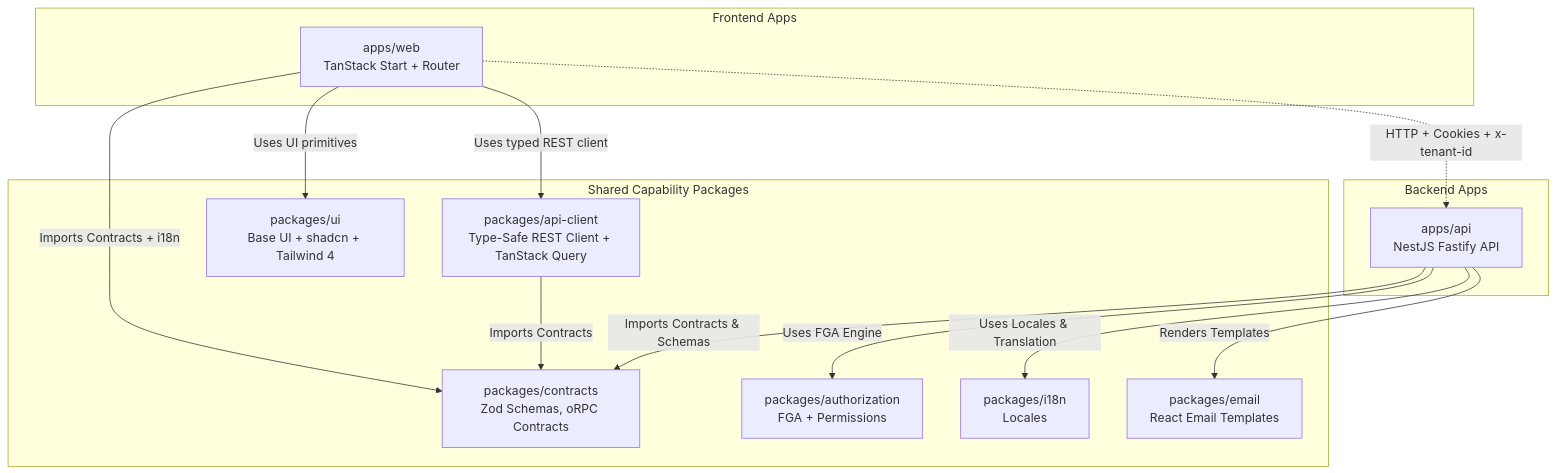
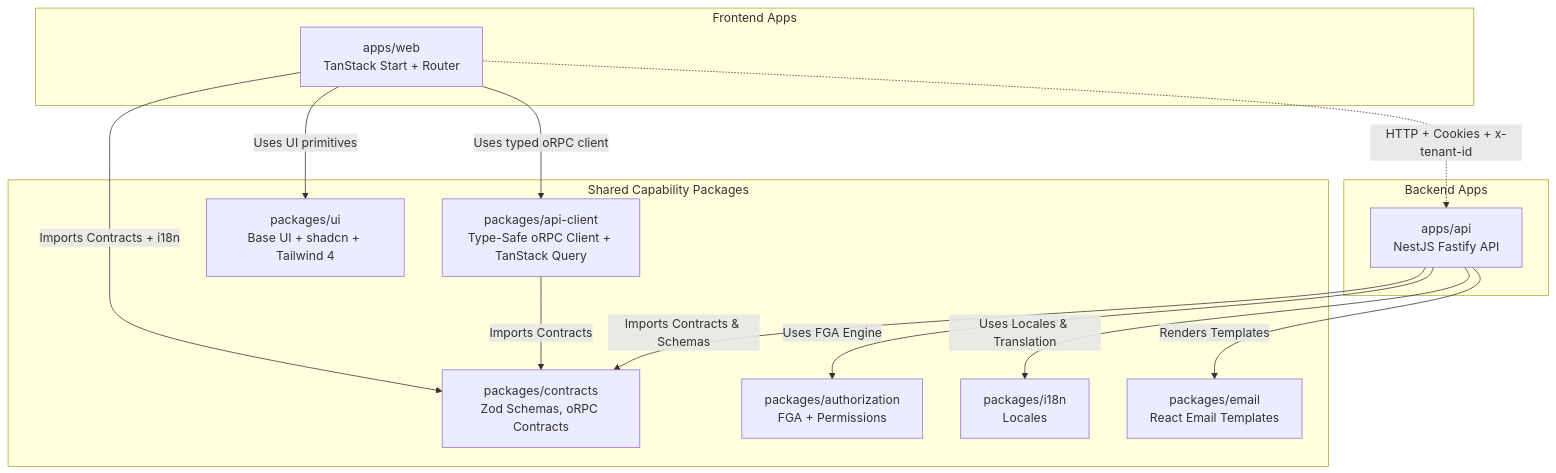
Before and after one commit to ihssmaheel-dev/modular-monolith-architecture: the first of 2 diagrams in ARCHITECTURE_DEEP_DIVE.md, drawn with Mermaid. The commit also changed other lines of this file and 74 other files, not shown here.

Commit message:
fix: harden modular monolith starter architecture

````diff
--- a/ARCHITECTURE_DEEP_DIVE.md
+++ b/ARCHITECTURE_DEEP_DIVE.md
@@ -16,27 +16,27 @@
 ```mermaid
 graph TD
     subgraph Frontend Apps
         Web[apps/web<br>TanStack Start + Router]
     end
     subgraph Backend Apps
         A[apps/api<br>NestJS Fastify API]
     end
     subgraph Shared Capability Packages
         S[packages/contracts<br>Zod Schemas, oRPC Contracts]
         AuthZ[packages/authorization<br>FGA + Permissions]
         I18N[packages/i18n<br>Locales]
-        Client[packages/api-client<br>Type-Safe REST Client + TanStack Query]
+        Client[packages/api-client<br>Type-Safe oRPC Client + TanStack Query]
         UI[packages/ui<br>Base UI + shadcn + Tailwind 4]
         Email[packages/email<br>React Email Templates]
     end
 
     A -->|Imports Contracts & Schemas| S
     A -->|Uses FGA Engine| AuthZ
     A -->|Uses Locales & Translation| I18N
     A -->|Renders Templates| Email
     Client -->|Imports Contracts| S
     Web -->|Imports Contracts + i18n| S
     Web -->|Uses UI primitives| UI
-    Web -->|Uses typed REST client| Client
+    Web -->|Uses typed oRPC client| Client
     Web -.->|HTTP + Cookies + x-tenant-id| A
 ```
````
